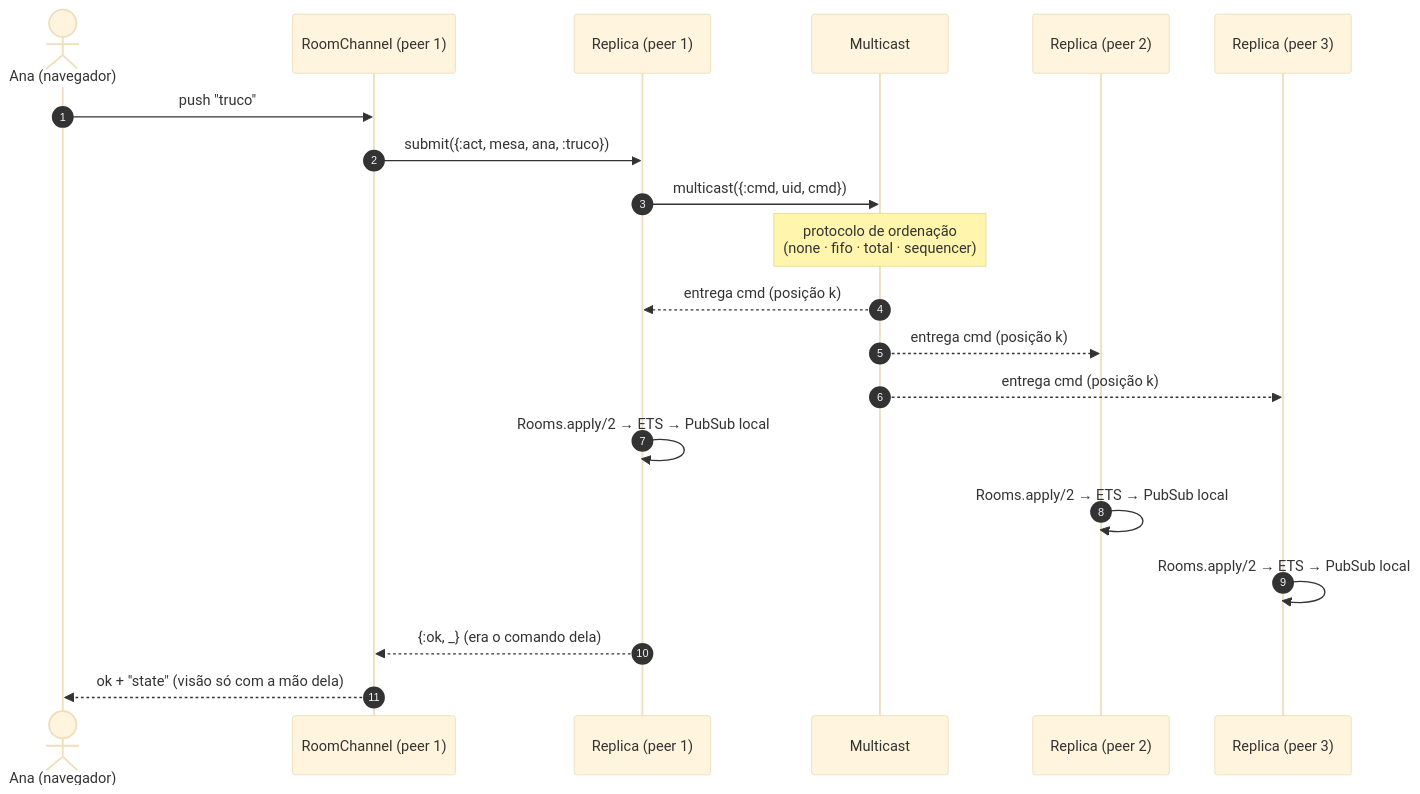
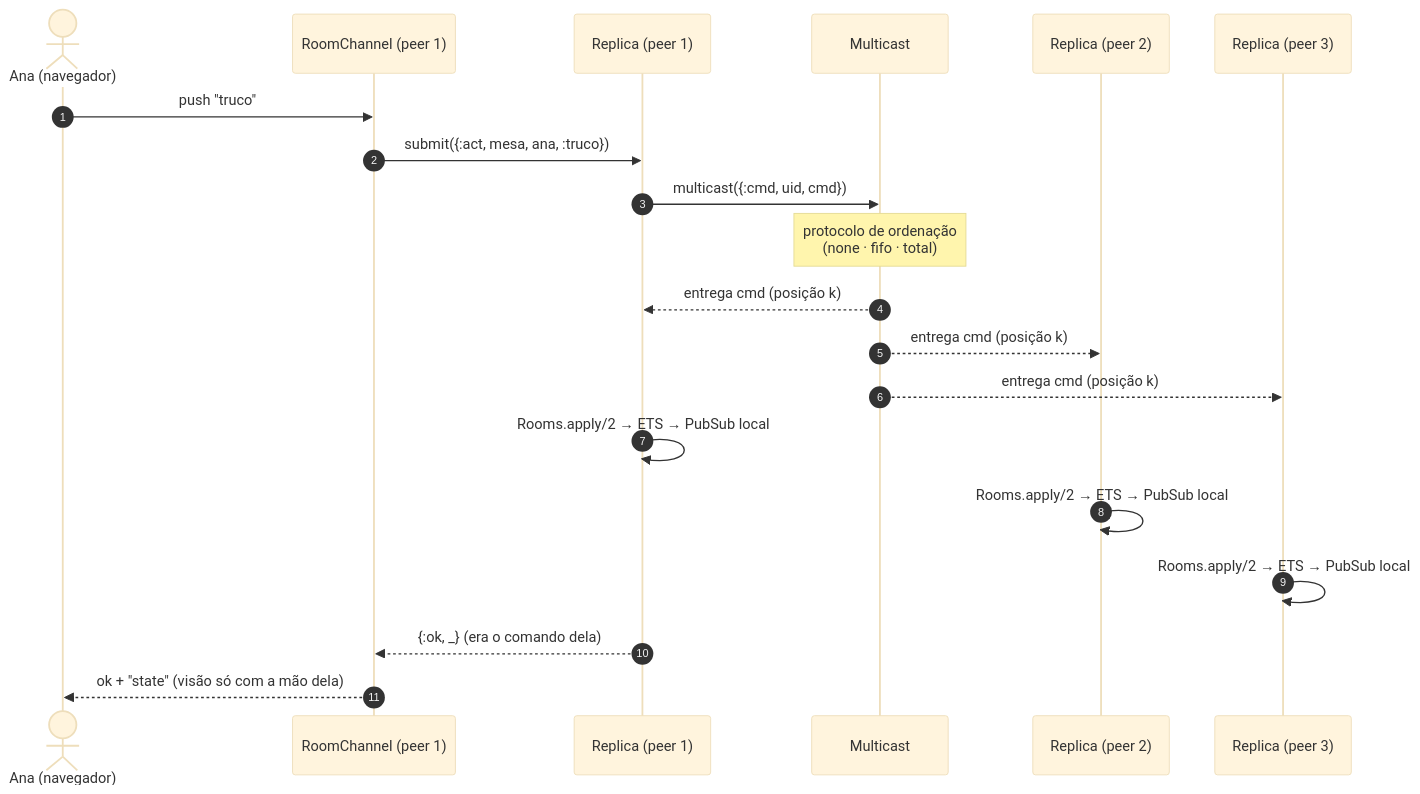
Before and after one commit to AndreFilho0/TrucoON: the diagram in docs/diagramas/2-fluxo-comando.mmd, drawn with Mermaid (base theme). The commit also changed 44 other files, not shown here.

```diff
--- a/docs/diagramas/2-fluxo-comando.mmd
+++ b/docs/diagramas/2-fluxo-comando.mmd
@@ -1,22 +1,22 @@
 %% Caminho de uma jogada: o peer só aplica depois da entrega pelo multicast
 sequenceDiagram
   autonumber
   actor Ana as Ana (navegador)
   participant CH as RoomChannel (peer 1)
   participant R1 as Replica (peer 1)
   participant MC as Multicast
   participant R2 as Replica (peer 2)
   participant R3 as Replica (peer 3)
 
   Ana->>CH: push "truco"
   CH->>R1: submit({:act, mesa, ana, :truco})
   R1->>MC: multicast({:cmd, uid, cmd})
-  Note over MC: protocolo de ordenação<br/>(none · fifo · total · sequencer)
+  Note over MC: protocolo de ordenação<br/>(none · fifo · total)
   MC-->>R1: entrega cmd (posição k)
   MC-->>R2: entrega cmd (posição k)
   MC-->>R3: entrega cmd (posição k)
   R1->>R1: Rooms.apply/2 → ETS → PubSub local
   R2->>R2: Rooms.apply/2 → ETS → PubSub local
   R3->>R3: Rooms.apply/2 → ETS → PubSub local
   R1-->>CH: {:ok, _} (era o comando dela)
   CH-->>Ana: ok + "state" (visão só com a mão dela)
```
